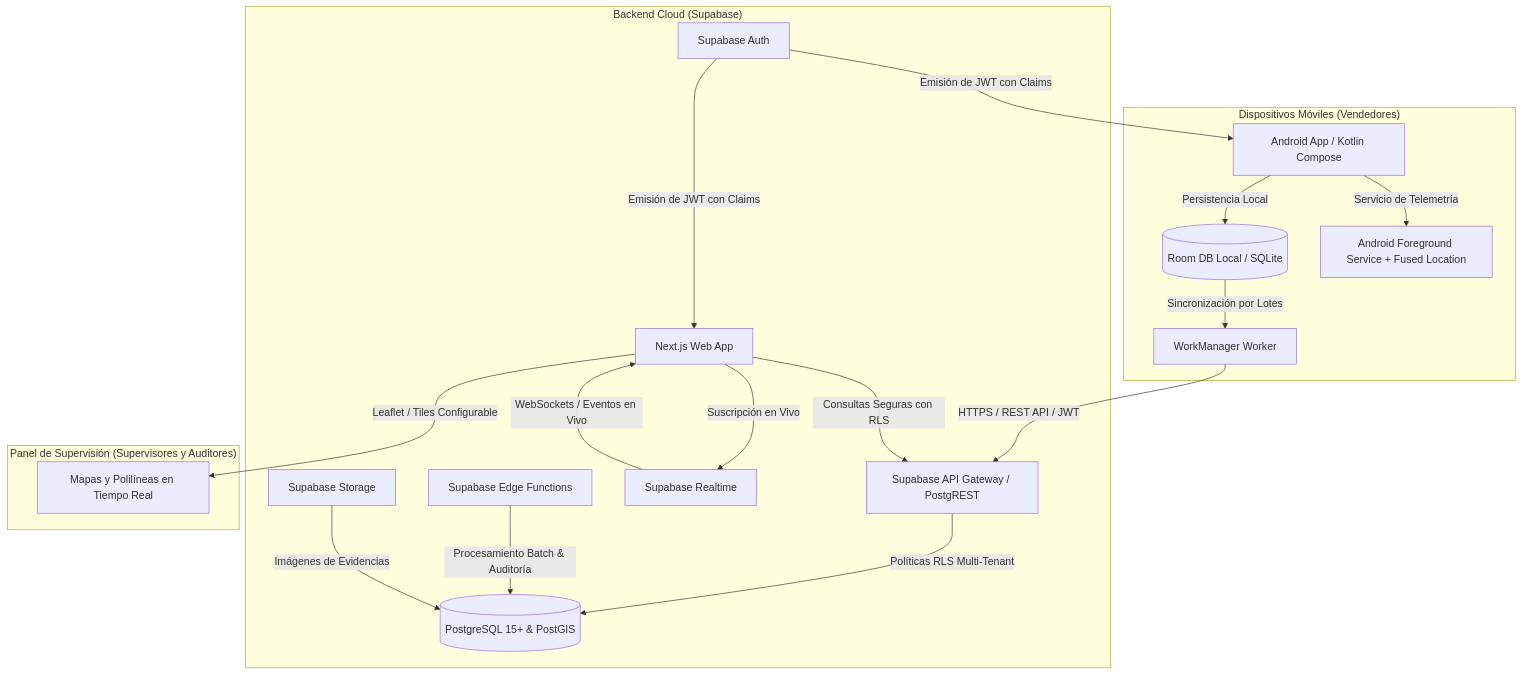
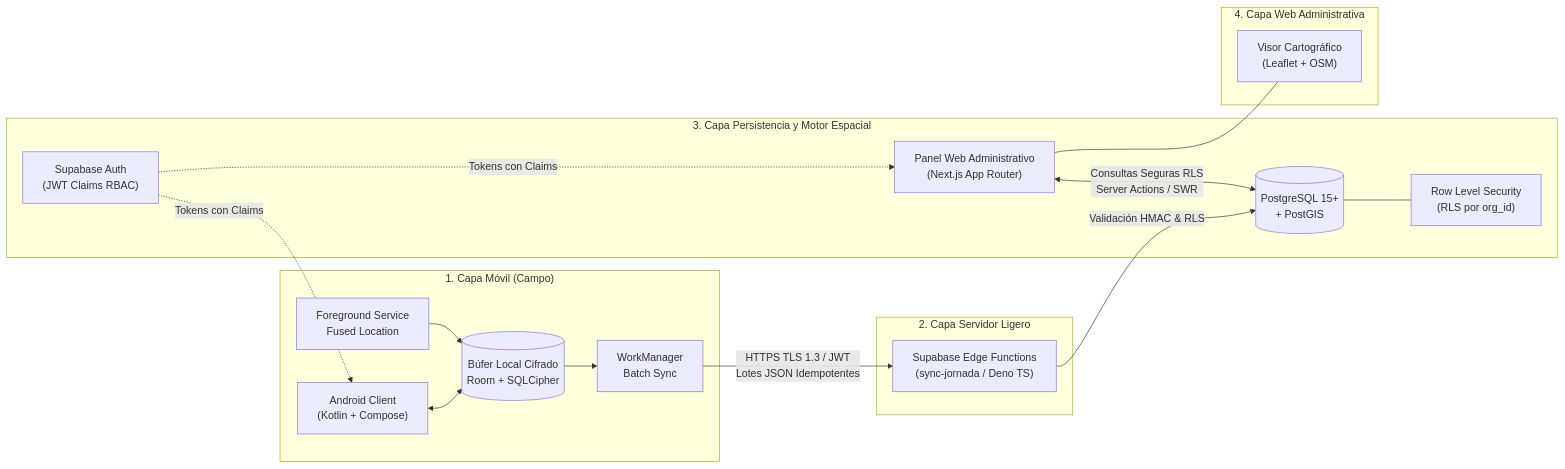
Before and after one commit to XLN-GLR/Routrack: the first of 3 diagrams in docs/ARCHITECTURE.md, drawn with Mermaid. The commit also changed other lines of this file and 14 other files, not shown here.

````diff
--- a/docs/ARCHITECTURE.md
+++ b/docs/ARCHITECTURE.md
@@ -20,24 +19,34 @@
 ```mermaid
-flowchart TD
-    subgraph "Dispositivos Móviles (Vendedores)"
-        A[Android App / Kotlin Compose] -->|Persistencia Local| B[(Room DB Local / SQLite)]
-        A -->|Servicio de Telemetría| C[Android Foreground Service + Fused Location]
-        B -->|Sincronización por Lotes| D[WorkManager Worker]
+flowchart LR
+    subgraph ClientLayer ["1. Capa Móvil (Campo)"]
+        A["Android Client\n(Kotlin + Compose)"]
+        B[("Búfer Local Cifrado\nRoom + SQLCipher")]
+        C["Foreground Service\nFused Location"]
+        D["WorkManager\nBatch Sync"]
+        A <--> B
+        C --> B
+        B --> D
     end
 
-    subgraph "Backend Cloud (Supabase)"
-        D -->|HTTPS / REST API / JWT| E[Supabase API Gateway / PostgREST]
-        E -->|Políticas RLS Multi-Tenant| F[(PostgreSQL 15+ & PostGIS)]
-        G[Supabase Auth] -->|Emisión de JWT con Claims| A
-        G -->|Emisión de JWT con Claims| H[Next.js Web App]
-        I[Supabase Edge Functions] -->|Procesamiento Batch & Auditoría| F
-        J[Supabase Realtime] -->|WebSockets / Eventos en Vivo| H
-        K[Supabase Storage] -->|Imágenes de Evidencias| F
+    subgraph EdgeLayer ["2. Capa Servidor Ligero"]
+        E["Supabase Edge Functions\n(sync-jornada / Deno TS)"]
+        D -->|HTTPS TLS 1.3 / JWT\nLotes JSON Idempotentes| E
     end
 
-    subgraph "Panel de Supervisión (Supervisores y Auditores)"
-        H -->|Leaflet / Tiles Configurable| L[Mapas y Polilíneas en Tiempo Real]
-        H -->|Consultas Seguras con RLS| E
-        H -->|Suscripción en Vivo| J
+    subgraph DataLayer ["3. Capa Persistencia y Motor Espacial"]
+        F[("PostgreSQL 15+\n+ PostGIS")]
+        G["Supabase Auth\n(JWT Claims RBAC)"]
+        H["Row Level Security\n(RLS por org_id)"]
+        E -->|Validación HMAC & RLS| F
+        G -.->|Tokens con Claims| A
+        G -.->|Tokens con Claims| I
+        F --- H
+    end
+
+    subgraph WebLayer ["4. Capa Web Administrativa"]
+        I["Panel Web Administrativo\n(Next.js App Router)"]
+        J["Visor Cartográfico\n(Leaflet + OSM)"]
+        I <-->|Consultas Seguras RLS\nServer Actions / SWR| F
+        I --- J
     end
 ```
````
